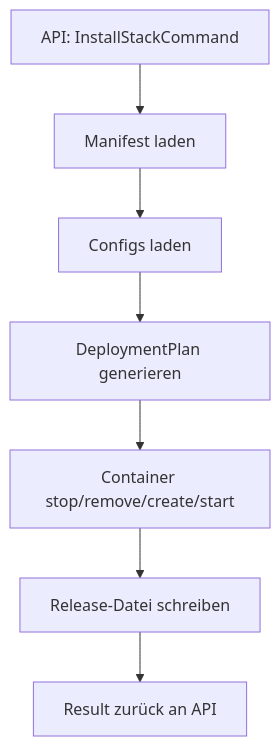
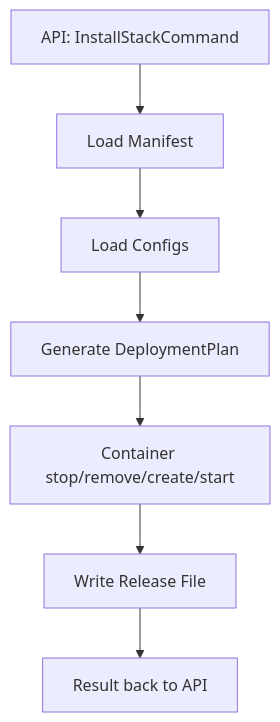
The diagram in docs/Architecture/Deployment-Engine.md (Wiesenwischer/ReadyStackGo), drawn with Mermaid before and after one commit. The commit also changed other lines of this file and 37 other files, not shown here.

````diff
--- a/docs/Architecture/Deployment-Engine.md
+++ b/docs/Architecture/Deployment-Engine.md
@@ -40,9 +40,9 @@
 ```mermaid
 flowchart TD
-    A[API: InstallStackCommand] --> B[Manifest laden]
-    B --> C[Configs laden]
-    C --> D[DeploymentPlan generieren]
+    A[API: InstallStackCommand] --> B[Load Manifest]
+    B --> C[Load Configs]
+    C --> D[Generate DeploymentPlan]
     D --> E[Container stop/remove/create/start]
-    E --> F[Release-Datei schreiben]
-    F --> G[Result zurück an API]
+    E --> F[Write Release File]
+    F --> G[Result back to API]
 ```
````
